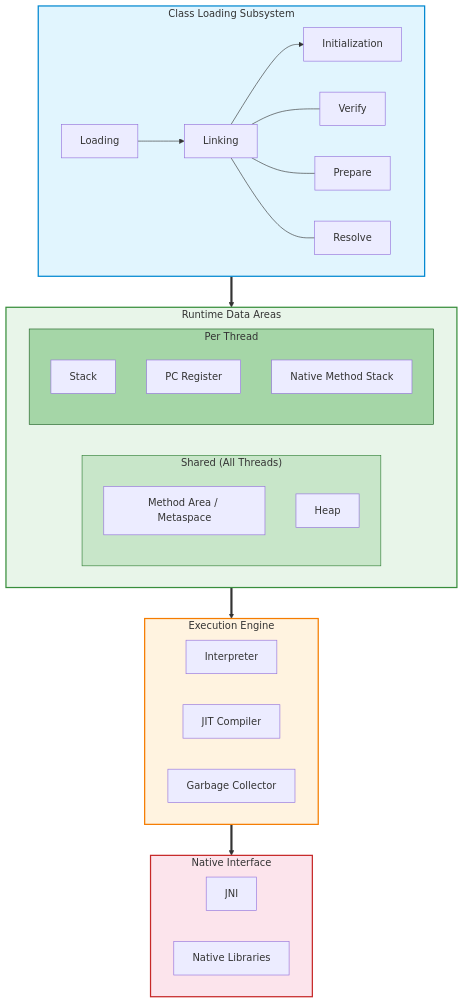
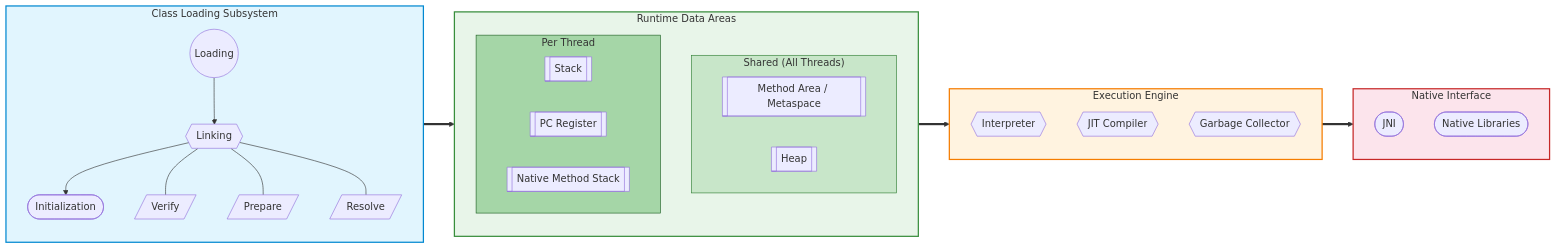
One commit to saivamsikaruturi/vamsilabs-dev-notes-main changed the first of 2 diagrams in docs/java/Jvm.md. Above: the diagram before and after it, drawn with Mermaid. The commit also changed 146 other files, not shown here.

Commit message:
Horizontal diagrams, UML class diagrams, typography overhaul, and permalink cleanup

````diff
--- a/docs/java/Jvm.md
+++ b/docs/java/Jvm.md
@@ -9,43 +9,43 @@
 ```mermaid
-flowchart TB
+flowchart LR
     subgraph CLS["Class Loading Subsystem"]
         style CLS fill:#e1f5fe,stroke:#0288d1,stroke-width:2px
-        L[Loading] --> LK[Linking]
-        LK --> INIT[Initialization]
-        LK --- V[Verify]
-        LK --- P[Prepare]
-        LK --- R[Resolve]
+        L(("Loading")) --> LK{{"Linking"}}
+        LK --> INIT(["Initialization"])
+        LK --- V[/"Verify"/]
+        LK --- P[/"Prepare"/]
+        LK --- R[/"Resolve"/]
     end
 
     subgraph RDA["Runtime Data Areas"]
         style RDA fill:#e8f5e9,stroke:#388e3c,stroke-width:2px
         subgraph SHARED["Shared (All Threads)"]
             style SHARED fill:#c8e6c9,stroke:#2e7d32
-            MA[Method Area / Metaspace]
-            HEAP[Heap]
+            MA[["Method Area / Metaspace"]]
+            HEAP[["Heap"]]
         end
         subgraph PERTHREAD["Per Thread"]
             style PERTHREAD fill:#a5d6a7,stroke:#1b5e20
-            STK[Stack]
-            PC[PC Register]
-            NMS[Native Method Stack]
+            STK[["Stack"]]
+            PC[["PC Register"]]
+            NMS[["Native Method Stack"]]
         end
     end
 
     subgraph EE["Execution Engine"]
         style EE fill:#fff3e0,stroke:#f57c00,stroke-width:2px
-        INT[Interpreter]
-        JIT[JIT Compiler]
-        GC[Garbage Collector]
+        INT{{"Interpreter"}}
+        JIT{{"JIT Compiler"}}
+        GC{{"Garbage Collector"}}
     end
 
     subgraph NI["Native Interface"]
         style NI fill:#fce4ec,stroke:#c62828,stroke-width:2px
-        JNI[JNI]
-        NL[Native Libraries]
+        JNI(["JNI"])
+        NL(["Native Libraries"])
     end
 
     CLS ==> RDA
     RDA ==> EE
     EE ==> NI
 ```
````
